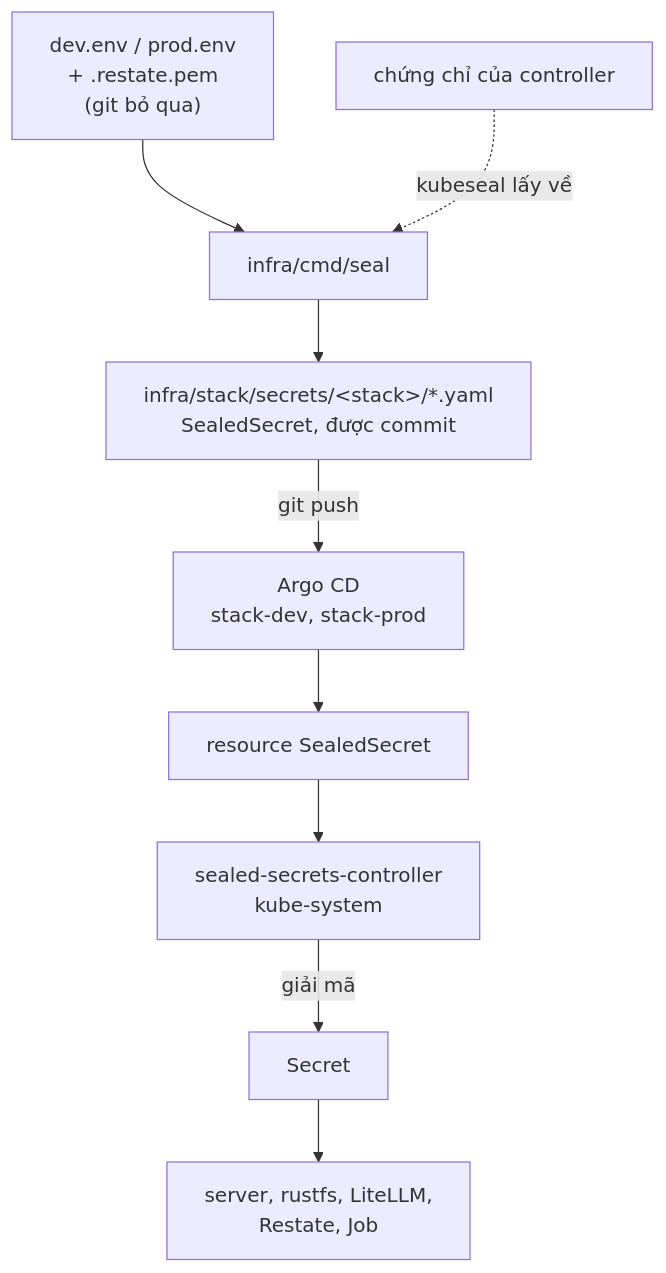
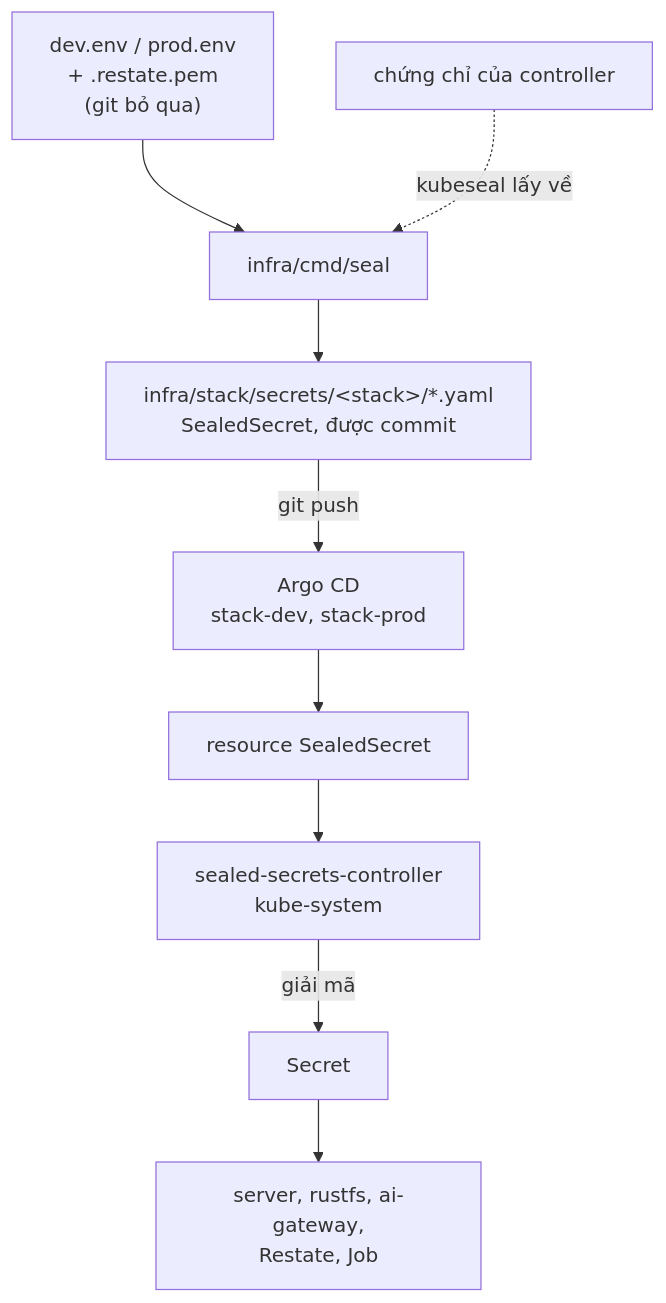
One commit to shopnexus/docs changed the diagram in web/src/content/docs/vi/operations/cluster/secrets.mdx. Above: the diagram before and after it, drawn with Mermaid. The commit also changed other lines of this file and 17 other files, not shown here.

````diff
--- a/web/src/content/docs/vi/operations/cluster/secrets.mdx
+++ b/web/src/content/docs/vi/operations/cluster/secrets.mdx
@@ -16,11 +16,11 @@
 ```mermaid title="Từ file .env tới pod"
 flowchart TB
   env["dev.env / prod.env<br/>+ .restate.pem<br/>(git bỏ qua)"] --> seal["infra/cmd/seal"]
   cert["chứng chỉ của controller"] -.->|"kubeseal lấy về"| seal
   seal --> yaml["infra/stack/secrets/#lt;stack#gt;/*.yaml<br/>SealedSecret, được commit"]
   yaml -->|"git push"| argo["Argo CD<br/>stack-dev, stack-prod"]
   argo --> ss["resource SealedSecret"]
   ss --> ctrl["sealed-secrets-controller<br/>kube-system"]
   ctrl -->|"giải mã"| sec["Secret"]
-  sec --> pods["server, rustfs, LiteLLM,<br/>Restate, Job"]
+  sec --> pods["server, rustfs, ai-gateway,<br/>Restate, Job"]
 ```
````
